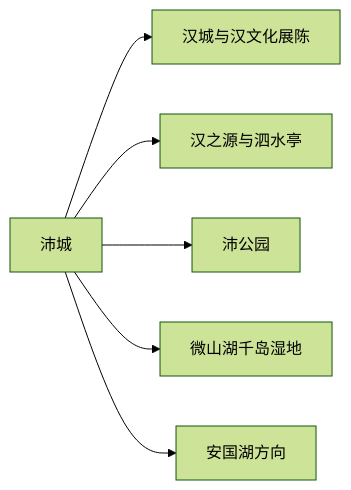
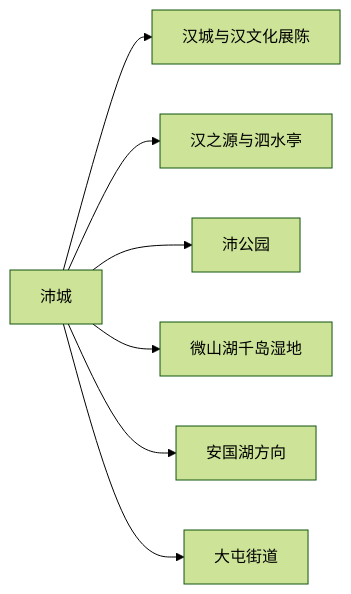
The first of 2 diagrams in destinations/中国/江苏省/沛县.md (cyrilggg/travel-database), drawn with Mermaid (forest theme) before and after one commit. The commit also changed other lines of this file and 8 other files, not shown here.

````diff
--- a/destinations/中国/江苏省/沛县.md
+++ b/destinations/中国/江苏省/沛县.md
@@ -32,8 +32,9 @@
 ```mermaid
 flowchart LR
  A[沛城] --> B[汉城与汉文化展陈]
  A --> C[汉之源与泗水亭]
  A --> D[沛公园]
  A --> E[微山湖千岛湿地]
  A --> F[安国湖方向]
+ A --> G[大屯街道]
 ```
````
